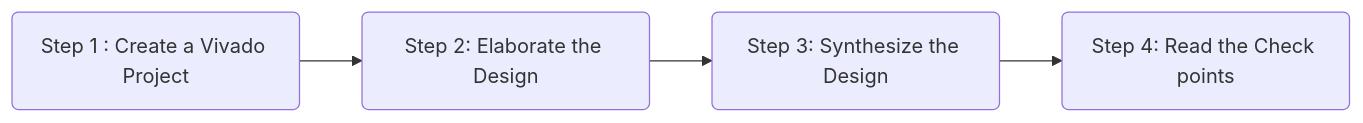
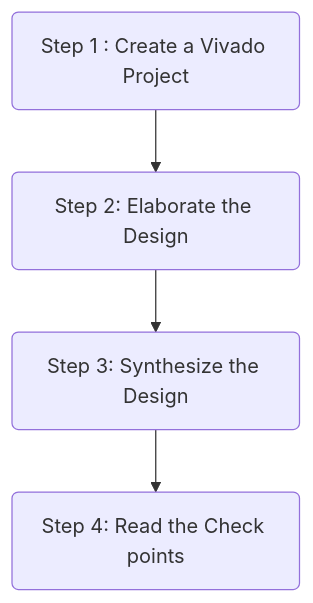
One commit to parimalp/FPGA-Design-Flow-using-Vivado changed the diagram in lab2.md. Above: the diagram before and after it, drawn with Mermaid. The commit also changed other lines of this file and 9 other files, not shown here.

````diff
--- a/lab2.md
+++ b/lab2.md
@@ -36,4 +36,4 @@
 ```mermaid
-flowchart LR
+flowchart
 	1(Step 1 : Create a Vivado Project)-->2(Step 2: Elaborate the Design)-->3(Step 3: Synthesize the Design)-->4(Step 4: Read the Check points)
 ```
````
